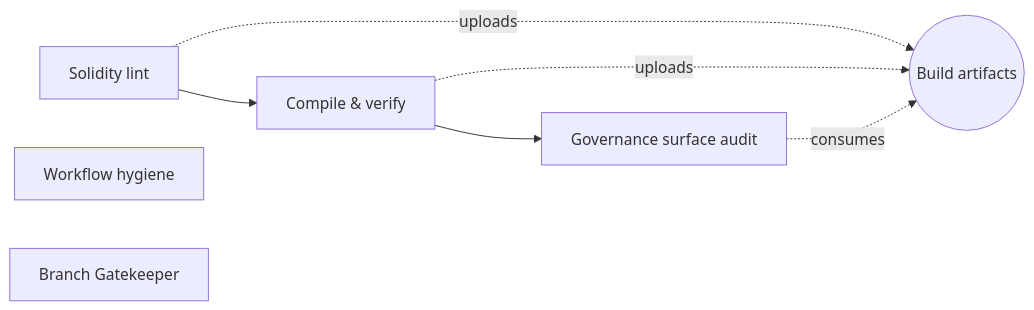
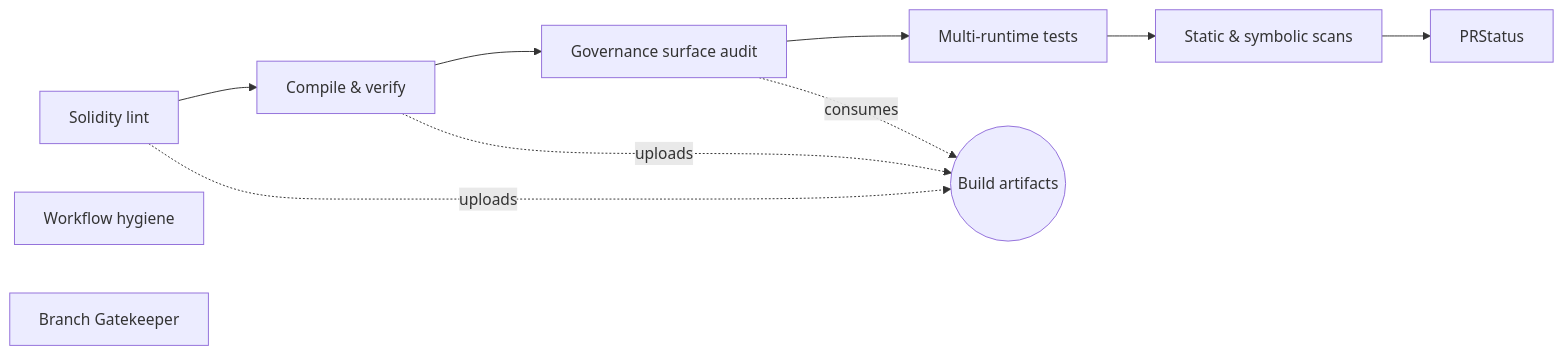
The third of 5 diagrams in README.md (MontrealAI/agijobs-sovereign-labor-v0p1), drawn with Mermaid before and after one commit. The commit also changed other lines of this file and 1 other file, not shown here.

Commit message:
Add security analysis workflow and refresh documentation

````diff
--- a/README.md
+++ b/README.md
@@ -120,10 +153,13 @@
 ```mermaid
 flowchart LR
     Lint[Solidity lint] --> Compile[Compile & verify]
     Compile --> Governance[Governance surface audit]
+    Governance --> Tests[Multi-runtime tests]
+    Tests --> Security[Static & symbolic scans]
     Workflow[Workflow hygiene]
     BranchGate[Branch Gatekeeper]
     Lint -. uploads .-> Artifacts((Build artifacts))
     Compile -. uploads .-> Artifacts
     Governance -. consumes .-> Artifacts
+    Security --> PRStatus
 ```
````
